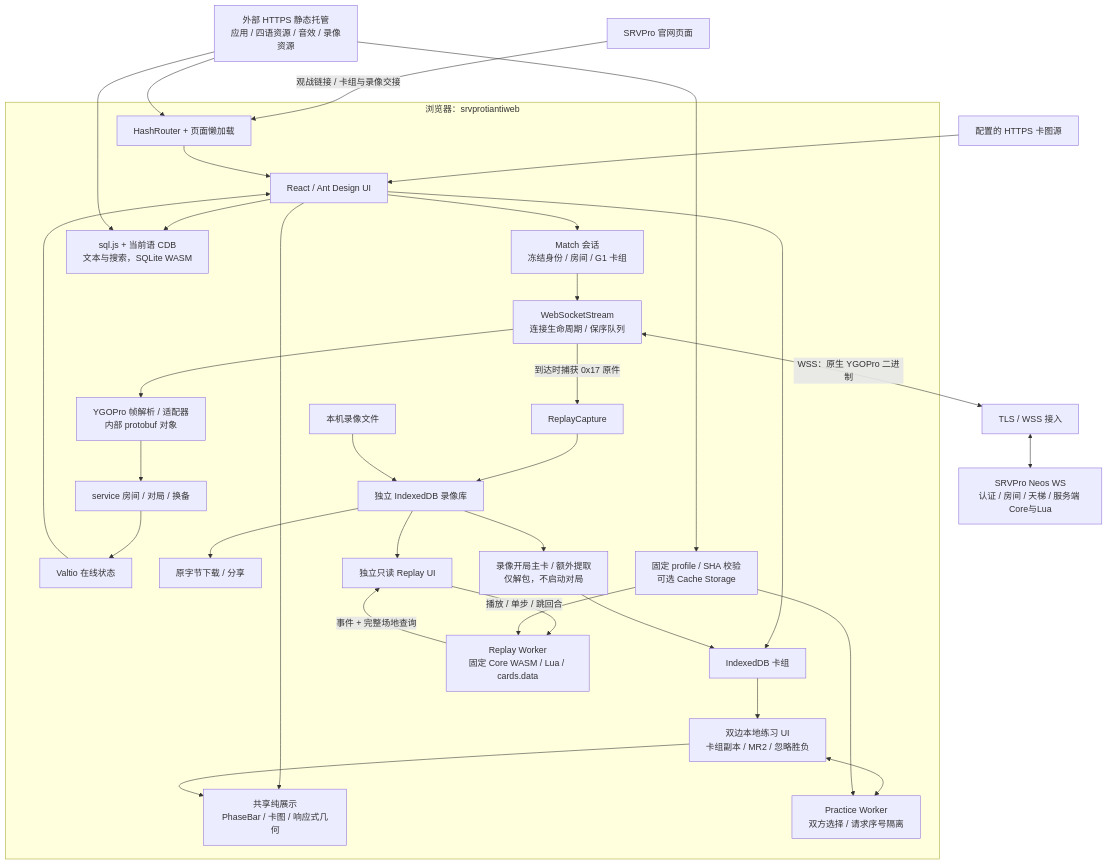
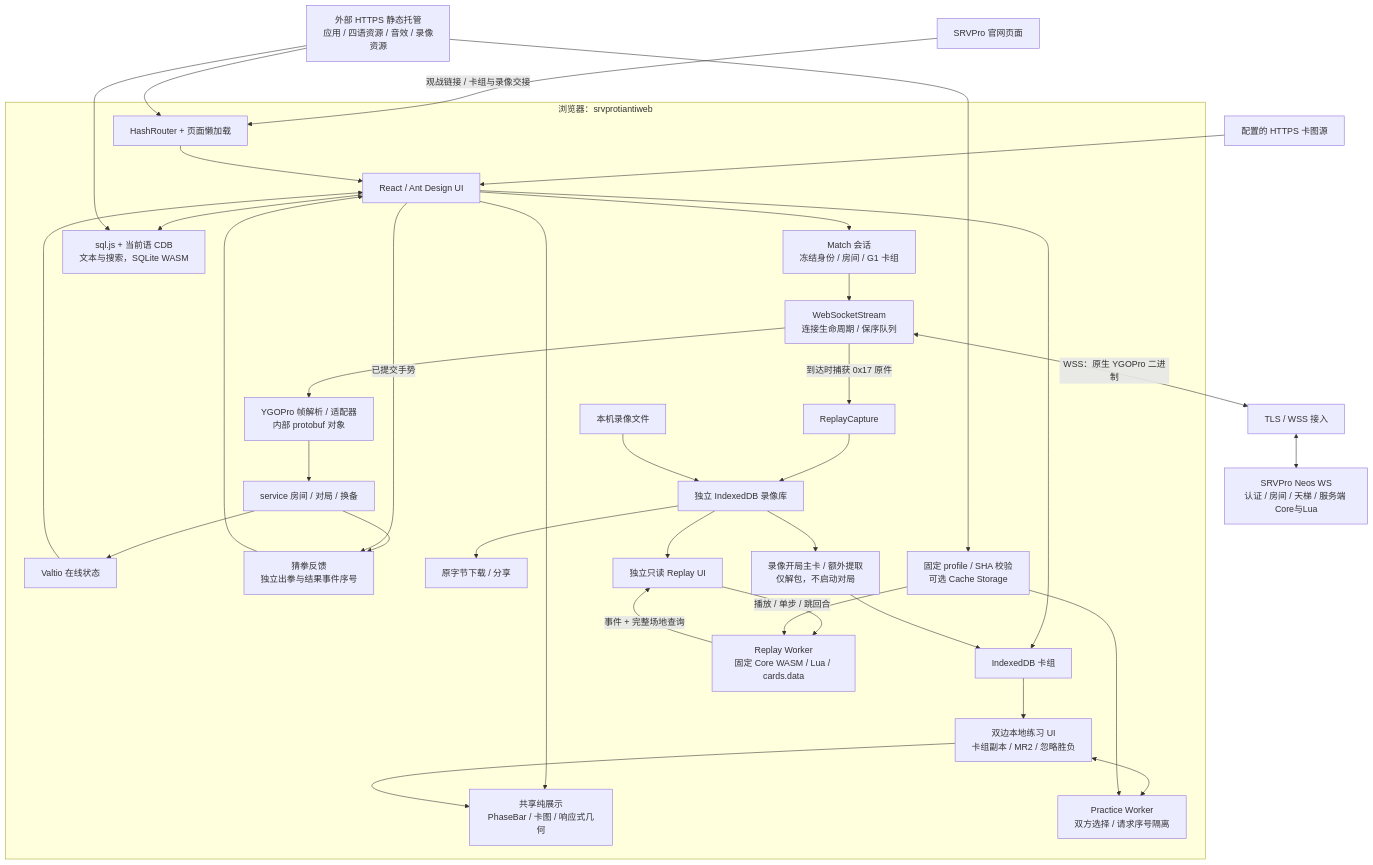
The first of 4 diagrams in docs/ARCHITECTURE.md (301zrg/srvprotiantiweb), drawn with Mermaid before and after one commit. The commit also changed other lines of this file and 41 other files, not shown here.

````diff
--- a/docs/ARCHITECTURE.md
+++ b/docs/ARCHITECTURE.md
@@ -9,36 +9,39 @@
 ```mermaid
 flowchart TB
   Website["SRVPro 官网页面"] -->|"观战链接 / 卡组与录像交接"| Router
   Static["外部 HTTPS 静态托管<br/>应用 / 四语资源 / 音效 / 录像资源"] --> Router
   Images["配置的 HTTPS 卡图源"] --> UI
   subgraph Browser["浏览器：srvprotiantiweb"]
     Router["HashRouter + 页面懒加载"] --> UI["React / Ant Design UI"]
     UI --> Join["Match 会话<br/>冻结身份 / 房间 / G1 卡组"]
     UI --> SharedDisplay["共享纯展示<br/>PhaseBar / 卡图 / 响应式几何"]
     Join --> Transport["WebSocketStream<br/>连接生命周期 / 保序队列"]
     Transport --> Adapter["YGOPro 帧解析 / 适配器<br/>内部 protobuf 对象"]
     Adapter --> Services["service 房间 / 对局 / 换备"]
     Services --> Stores["Valtio 在线状态"]
     Stores --> UI
+    Services --> RpsNotice["猜拳反馈<br/>独立出拳与结果事件序号"]
+    UI -->|"已提交手势"| RpsNotice
+    RpsNotice --> UI
     UI --> Sqlite["sql.js + 当前语 CDB<br/>文本与搜索，SQLite WASM"]
     UI --> Decks["IndexedDB 卡组"]
     Transport -->|"到达时捕获 0x17 原件"| Capture["ReplayCapture"]
     Capture --> Library["独立 IndexedDB 录像库"]
     Files["本机录像文件"] --> Library
     Library --> Export["原字节下载 / 分享"]
     Library --> Player["独立只读 Replay UI"]
     Player -->|"播放 / 单步 / 跳回合"| Worker["Replay Worker<br/>固定 Core WASM / Lua / cards.data"]
     Worker -->|"事件 + 完整场地查询"| Player
     Profile["固定 profile / SHA 校验<br/>可选 Cache Storage"] --> Worker
     Library --> Extract["录像开局主卡 / 额外提取<br/>仅解包，不启动对局"]
     Extract --> Decks
     Decks --> Practice["双边本地练习 UI<br/>卡组副本 / MR2 / 忽略胜负"]
     Practice --> SharedDisplay
     Practice <--> PracticeWorker["Practice Worker<br/>双方选择 / 请求序号隔离"]
     Profile --> PracticeWorker
   end
   Transport <-->|"WSS：原生 YGOPro 二进制"| Gateway["TLS / WSS 接入"]
   Gateway <--> Server["SRVPro Neos WS<br/>认证 / 房间 / 天梯 / 服务端 Core与Lua"]
   Static --> Sqlite
   Static --> Profile
 ```
````
